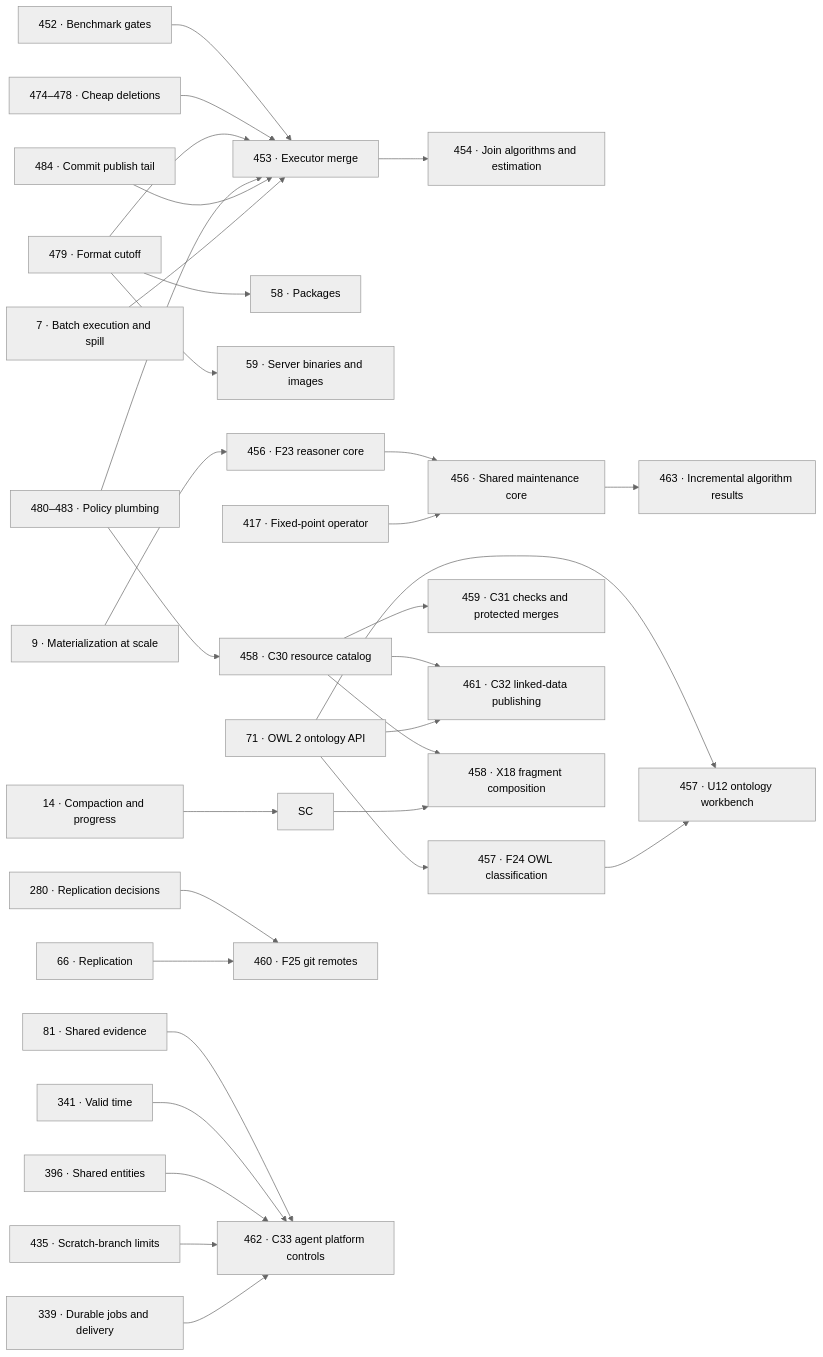
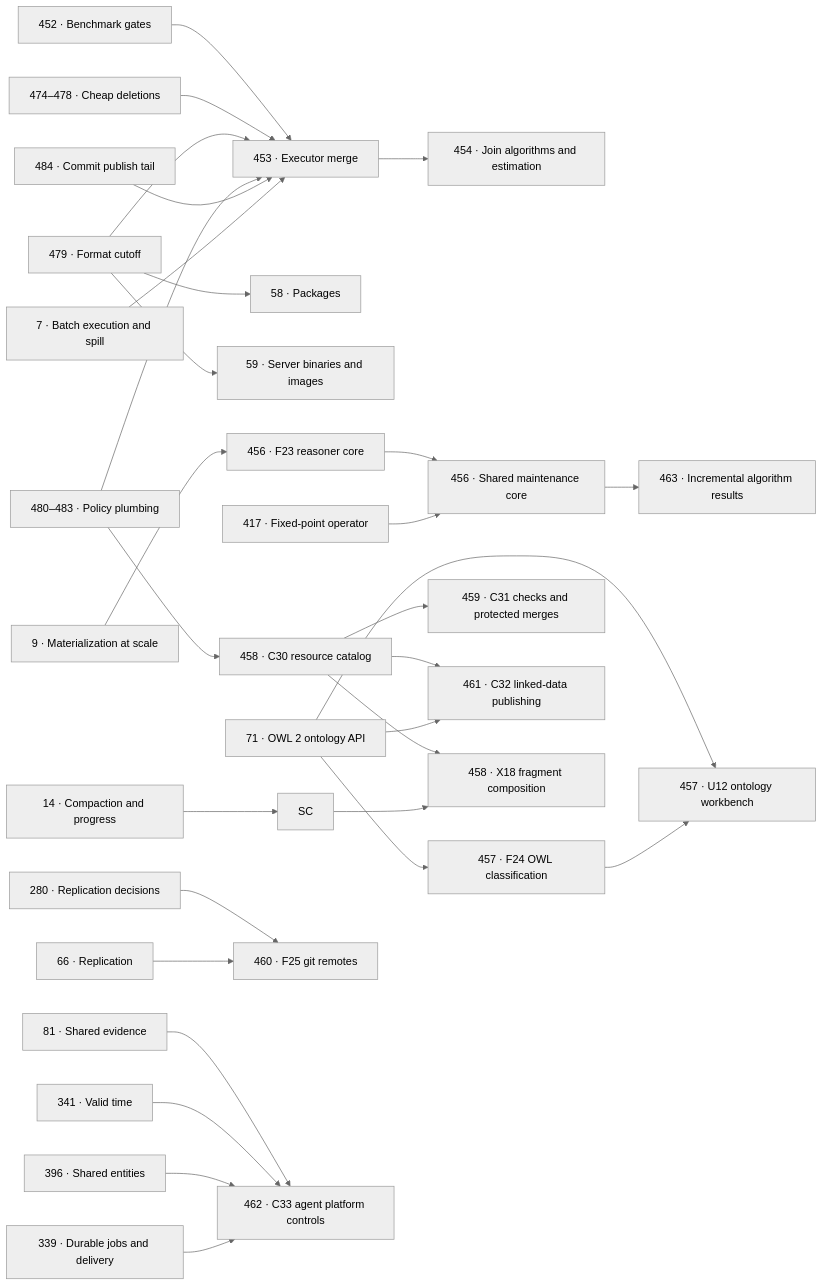
Before and after one commit to kclejeune/sparkles: the first of 2 diagrams in docs/ROADMAP.md, drawn with Mermaid (neutral theme). The commit also changed other lines of this file and 28 other files, not shown here.

First line of the commit message:
mcp: scratch-branch limits, warnings and kept branches (item 435)

````diff
--- a/docs/ROADMAP.md
+++ b/docs/ROADMAP.md
@@ -316,33 +316,32 @@
 ```mermaid
 flowchart LR
     G["452 · Benchmark gates"] --> XM["453 · Executor merge"]
     S1["474–478 · Cheap deletions"] --> XM
     FC["479 · Format cutoff"] --> XM
     PL["480–483 · Policy plumbing"] --> XM
     PT["484 · Commit publish tail"] --> XM
     I7["7 · Batch execution and spill"] --> XM
     XM --> JA["454 · Join algorithms and estimation"]
     FC --> I58["58 · Packages"]
     FC --> I59["59 · Server binaries and images"]
     I14["14 · Compaction and progress"] --> SC
     I9["9 · Materialization at scale"] --> RC["456 · F23 reasoner core"]
     RC --> IM["456 · Shared maintenance core"]
     I417["417 · Fixed-point operator"] --> IM
     IM --> IA["463 · Incremental algorithm results"]
     I71["71 · OWL 2 ontology API"] --> OC["457 · F24 OWL classification"]
     I71 --> WB["457 · U12 ontology workbench"]
     OC --> WB
     PL --> CA["458 · C30 resource catalog"]
     CA --> CK["459 · C31 checks and protected merges"]
     CA --> PB["461 · C32 linked-data publishing"]
     CA --> FR["458 · X18 fragment composition"]
     SC --> FR
     I71 --> PB
     I280["280 · Replication decisions"] --> GR["460 · F25 git remotes"]
     I66["66 · Replication"] --> GR
     I81["81 · Shared evidence"] --> AP["462 · C33 agent platform controls"]
     I341["341 · Valid time"] --> AP
     I396["396 · Shared entities"] --> AP
-    I435["435 · Scratch-branch limits"] --> AP
     I339["339 · Durable jobs and delivery"] --> AP
 ```
````
